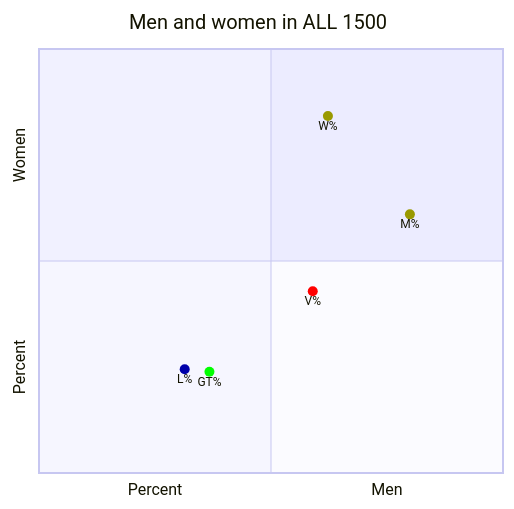
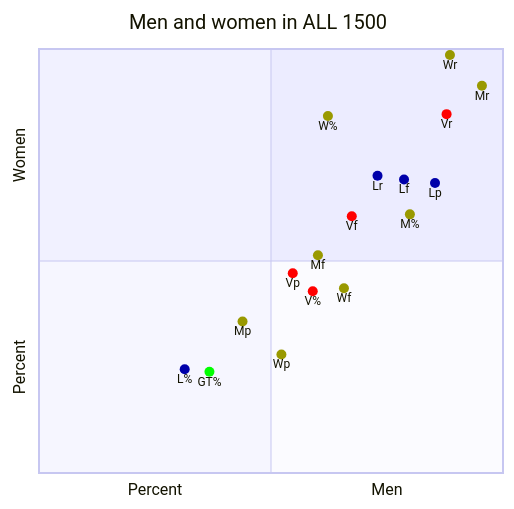
Before and after one commit to Modern36/tropes_1500: the first of 11 diagrams in browser/scatter.md, drawn with Mermaid. The commit also changed other lines of this file and 1 other file, not shown here.

````diff
--- a/browser/scatter.md
+++ b/browser/scatter.md
@@ -12,12 +12,24 @@
 ```mermaid
 quadrantChart
     title Men and women in ALL  1500
     x-axis Percent --> Men
     y-axis Percent --> Women
     M%: [0.7993333333333333, 0.61] color: #999900
     W%: [0.6226666666666667, 0.842] color: #999900
     GT%: [0.36733333333333335, 0.23866666666666667] color: #00FF00
     V%: [0.59, 0.42866666666666664] color: #FF0000
     L%: [0.314, 0.24466666666666667] color: #0000AA
+    Lf: [0.786692759295499, 0.6924137931034483]  color: #0000AA
+    Lp: [0.8535031847133758, 0.6839237057220708]  color: #0000AA
+    Lr: [0.7295825771324864, 0.7011173184357542]  color: #0000AA
+    Vf: [0.6740947075208914, 0.6053946053946054]  color: #FF0000
+    Vp: [0.5468926553672316, 0.4712286158631415]  color: #FF0000
+    Vr: [0.8784029038112523, 0.8463687150837989]  color: #FF0000
+    Wf: [0.6572390572390573, 0.4355336212214682]  color: #999900
+    Wp: [0.5224839400428265, 0.27949326999208235]  color: #999900
+    Wr: [0.8856624319419237, 0.9860335195530726]  color: #999900
+    Mf: [0.6011428571428571, 0.5137470542026709]  color: #999900
+    Mp: [0.43869891576313597, 0.35737704918032787]  color: #999900
+    Mr: [0.9546279491833031, 0.9134078212290503]  color: #999900
 
 ```
````
